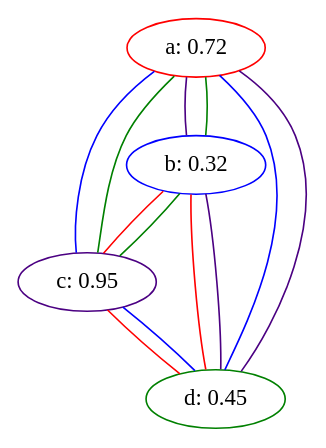
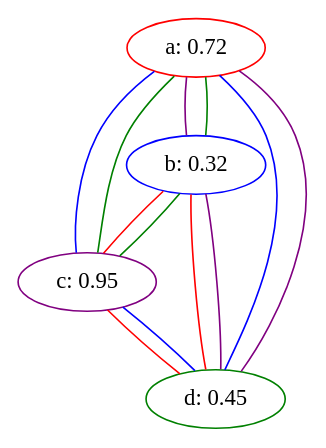
Before and after one commit to Bracktus/Noisy-Tournament-Ranking: the diagram in final/docs/figures/sources/fig1.dot, drawn with Graphviz. The commit also changed 3 other files, not shown here.

```diff
--- a/final/docs/figures/sources/fig1.dot
+++ b/final/docs/figures/sources/fig1.dot
@@ -1,20 +1,20 @@
 graph {
     a[label="a: 0.72", color="red"]
     b[label="b: 0.32", color="blue"]
-    c[label="c: 0.95", color="indigo"]
+    c[label="c: 0.95", color="purple"]
     d[label="d: 0.45", color="green"]
 
     edge [len=3]
-    a -- b[color="indigo"]
+    a -- b[color="purple"]
     a -- b[color="green"]
     a -- c[color="blue"]
     a -- c[color="green"]
     a -- d[color="blue"]
-    a -- d[color="indigo"]
+    a -- d[color="purple"]
     b -- c[color="red"]
     b -- c[color="green"]
     b -- d[color="red"]
-    b -- d[color="indigo"]
+    b -- d[color="purple"]
     c -- d[color="red"]
     c -- d[color="blue"]
 }
```
